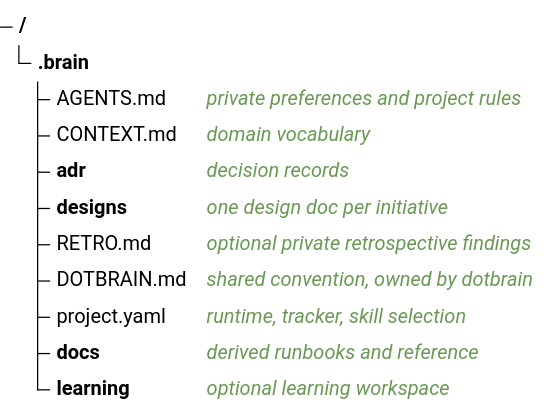
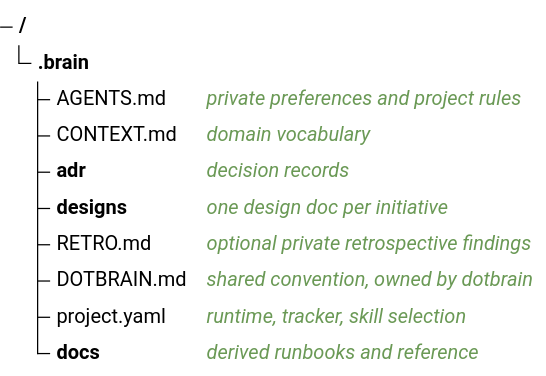
Before and after one commit to arminzou/dotbrain: the second of 3 diagrams in docs/architecture.md, drawn with Mermaid. The commit also changed other lines of this file and 23 other files, not shown here.

````diff
--- a/docs/architecture.md
+++ b/docs/architecture.md
@@ -65,14 +65,13 @@
 ```mermaid
 treeView-beta
   accTitle: The files and folders of a Brain
   .brain/
     AGENTS.md ## private preferences and project rules
     CONTEXT.md ## domain vocabulary
     adr/ ## decision records
     designs/ ## one design doc per initiative
     RETRO.md ## optional private retrospective findings
     DOTBRAIN.md ## shared convention, owned by dotbrain
     project.yaml ## runtime, tracker, skill selection
     docs/ ## derived runbooks and reference
-    learning/ ## optional learning workspace
 ```
````
